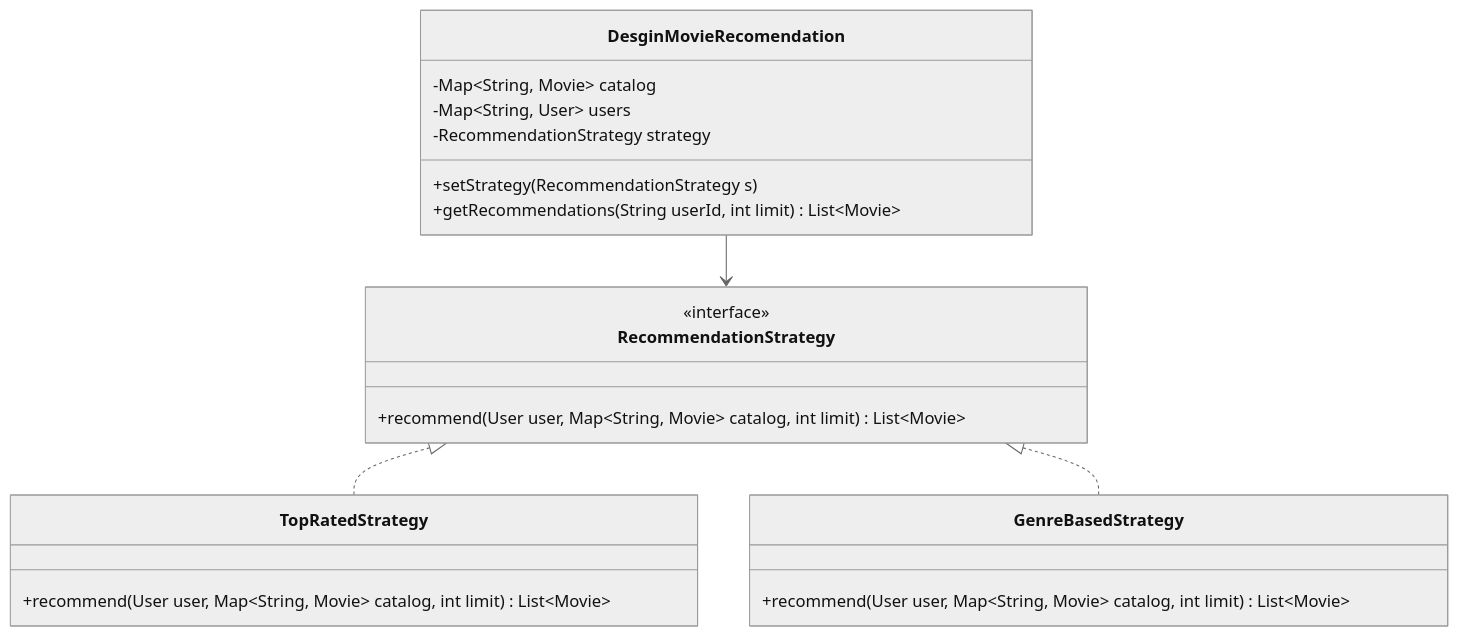
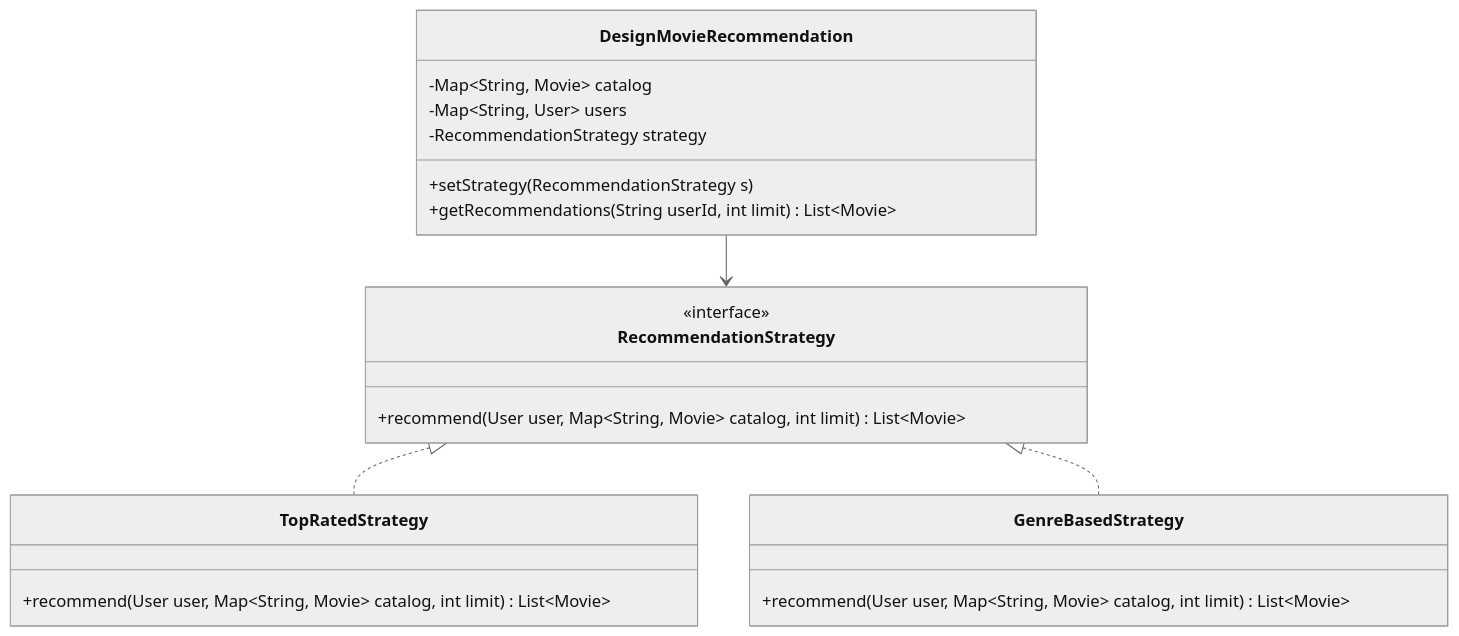
The diagram in OOP/solutions/07_Design_Movie_Recommendation.md (RanveerSingh1997/Data-Structure-and-Algorithms), drawn with Mermaid (neutral theme) before and after one commit. The commit also changed other lines of this file and 13 other files, not shown here.

````diff
--- a/OOP/solutions/07_Design_Movie_Recommendation.md
+++ b/OOP/solutions/07_Design_Movie_Recommendation.md
@@ -24,24 +24,24 @@
 ```mermaid
 classDiagram
     class RecommendationStrategy {
         <<interface>>
         +recommend(User user, Map~String, Movie~ catalog, int limit) List~Movie~
     }
     class TopRatedStrategy {
         +recommend(User user, Map~String, Movie~ catalog, int limit) List~Movie~
     }
     class GenreBasedStrategy {
         +recommend(User user, Map~String, Movie~ catalog, int limit) List~Movie~
     }
-    class DesginMovieRecomendation {
+    class DesignMovieRecommendation {
         -Map~String, Movie~ catalog
         -Map~String, User~ users
         -RecommendationStrategy strategy
         +setStrategy(RecommendationStrategy s)
         +getRecommendations(String userId, int limit) List~Movie~
     }
 
     RecommendationStrategy <|.. TopRatedStrategy
     RecommendationStrategy <|.. GenreBasedStrategy
-    DesginMovieRecomendation --> RecommendationStrategy
+    DesignMovieRecommendation --> RecommendationStrategy
 ```
````
